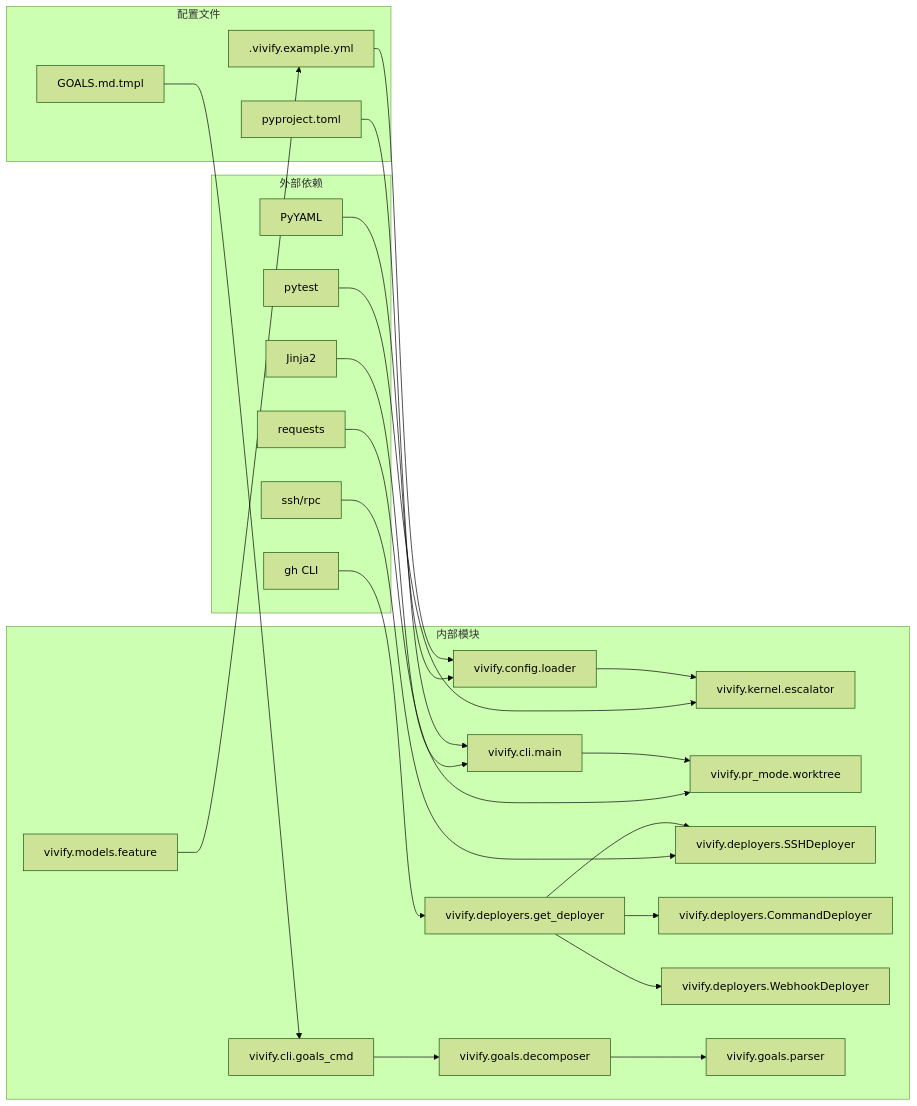
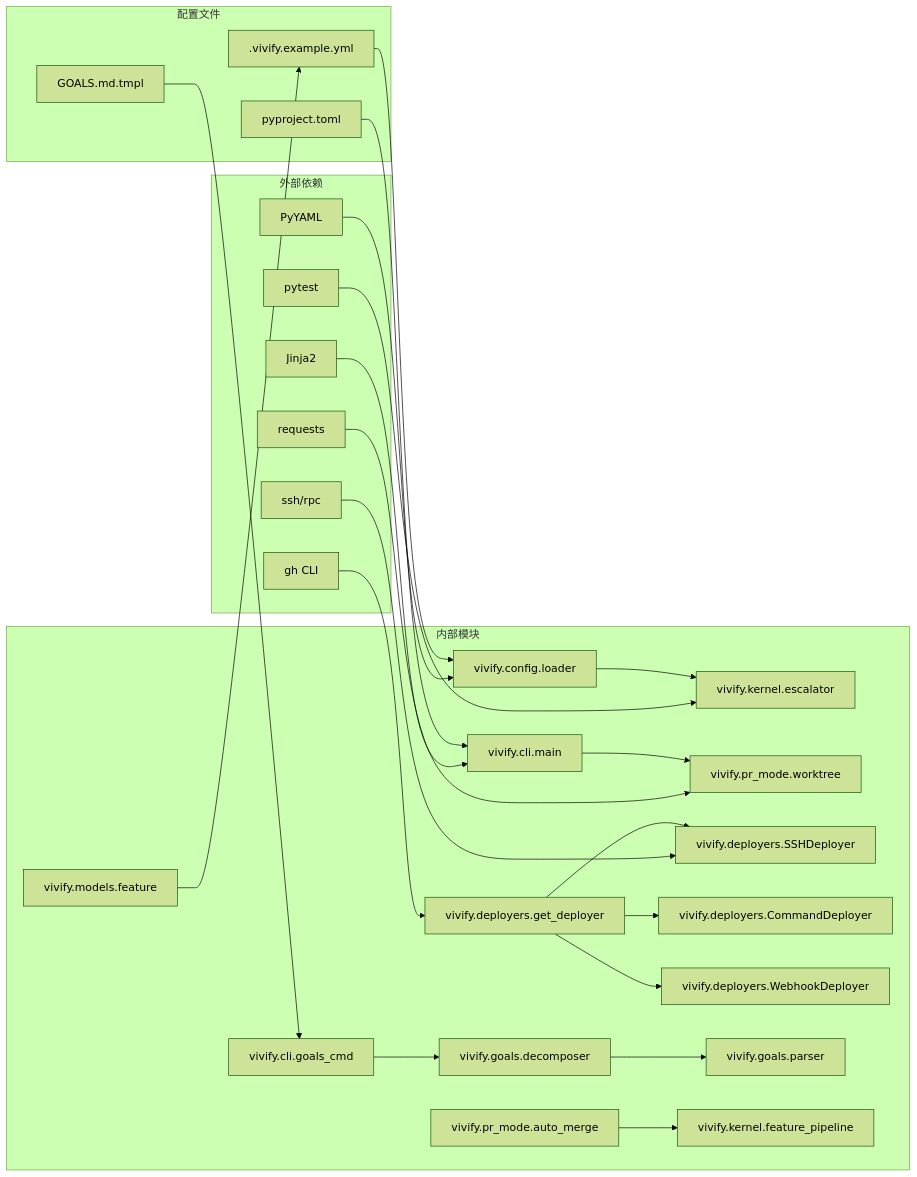
Diagram 14 of 14 in .qoder/repowiki/zh/content/技术实现参考/代码替换策略/核心内核循环和文档更新.md (pinsonchen/vivify), drawn with Mermaid (forest theme) before and after one commit. The commit also changed other lines of this file and 6 other files, not shown here.

First line of the commit message:
fix: resolve auto_merge worktree conflict and empty branch PR creation

````diff
--- a/.qoder/repowiki/zh/content/技术实现参考/代码替换策略/核心内核循环和文档更新.md
+++ b/.qoder/repowiki/zh/content/技术实现参考/代码替换策略/核心内核循环和文档更新.md
@@ -638,47 +715,50 @@
 ```mermaid
 graph LR
 subgraph "外部依赖"
 A[PyYAML]
 B[Jinja2]
 C[requests]
 D[pytest]
 E[gh CLI]
 F[ssh/rpc]
 end
 subgraph "内部模块"
 G[vivify.kernel.escalator]
 H[vivify.config.loader]
 I[vivify.cli.main]
 J[vivify.pr_mode.worktree]
 K[vivify.deployers.get_deployer]
 L[vivify.deployers.SSHDeployer]
 M[vivify.deployers.CommandDeployer]
 N[vivify.deployers.WebhookDeployer]
 O[vivify.goals.decomposer]
 P[vivify.goals.parser]
 Q[vivify.cli.goals_cmd]
 R[vivify.models.feature]
+S[vivify.pr_mode.auto_merge]
+T[vivify.kernel.feature_pipeline]
 end
 subgraph "配置文件"
-S[.vivify.example.yml]
-T[pyproject.toml]
-U[GOALS.md.tmpl]
+U[.vivify.example.yml]
+V[pyproject.toml]
+W[GOALS.md.tmpl]
 end
 A --> H
 B --> I
 C --> J
 D --> G
 E --> K
 F --> L
-S --> H
-T --> I
+U --> H
+V --> I
 H --> G
 I --> J
 K --> L
 K --> M
 K --> N
 O --> P
 Q --> O
-R --> S
-U --> Q
+R --> U
+W --> Q
+S --> T
 ```
````
